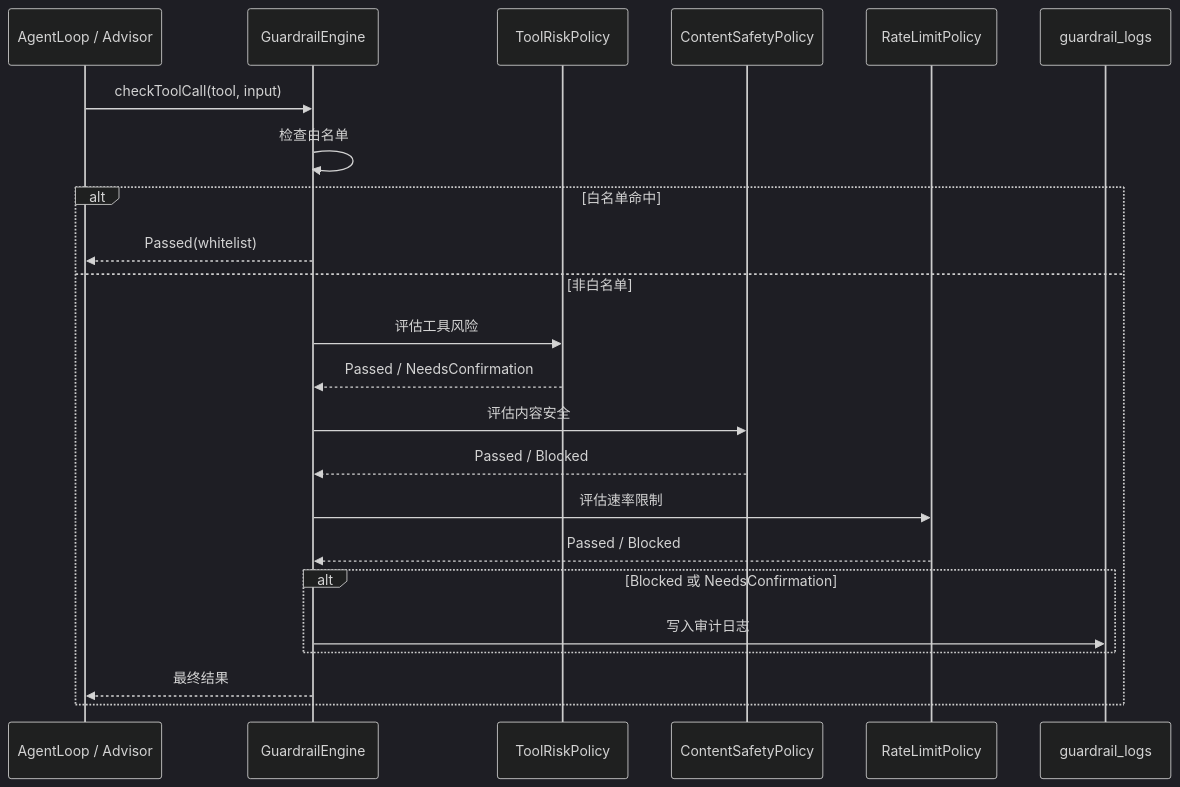
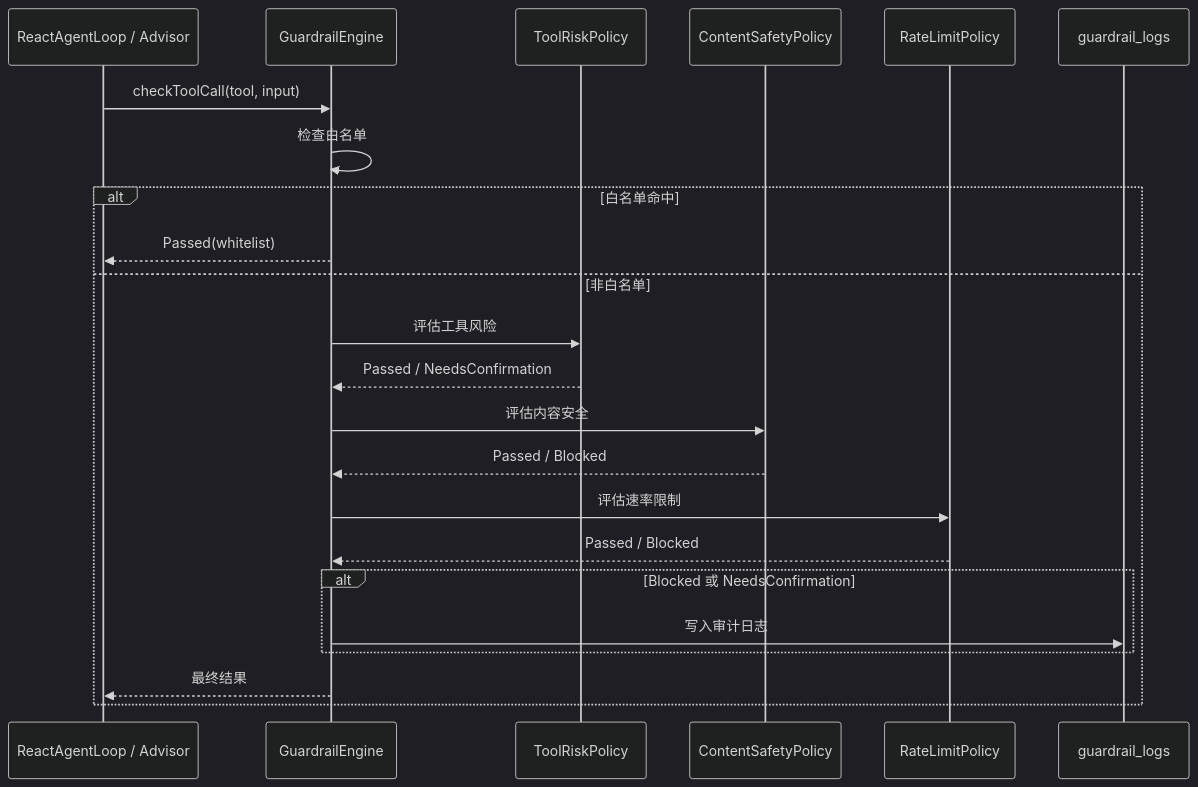
One commit to ntygod/LifePilot changed the third of 3 diagrams in docs/architecture/observability.md. Above: the diagram before and after it, drawn with Mermaid (dark theme). The commit also changed other lines of this file and 14 other files, not shown here.

````diff
--- a/docs/architecture/observability.md
+++ b/docs/architecture/observability.md
@@ -179,26 +179,26 @@
 ```mermaid
 sequenceDiagram
-    participant Caller as AgentLoop / Advisor
+    participant Caller as ReactAgentLoop / Advisor
     participant GE as GuardrailEngine
     participant P1 as ToolRiskPolicy
     participant P2 as ContentSafetyPolicy
     participant P3 as RateLimitPolicy
     participant DB as guardrail_logs
 
     Caller->>GE: checkToolCall(tool, input)
     GE->>GE: 检查白名单
     alt 白名单命中
         GE-->>Caller: Passed(whitelist)
     else 非白名单
         GE->>P1: 评估工具风险
         P1-->>GE: Passed / NeedsConfirmation
         GE->>P2: 评估内容安全
         P2-->>GE: Passed / Blocked
         GE->>P3: 评估速率限制
         P3-->>GE: Passed / Blocked
         alt Blocked 或 NeedsConfirmation
             GE->>DB: 写入审计日志
         end
         GE-->>Caller: 最终结果
     end
 ```
````
